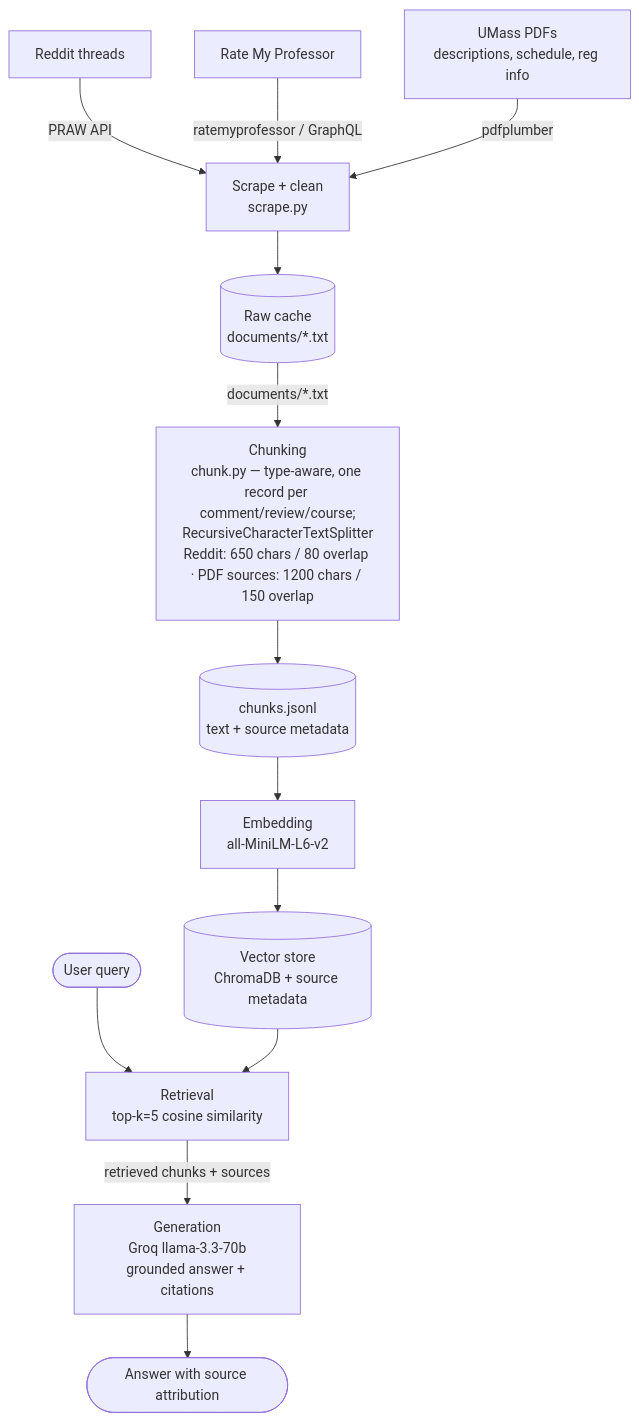
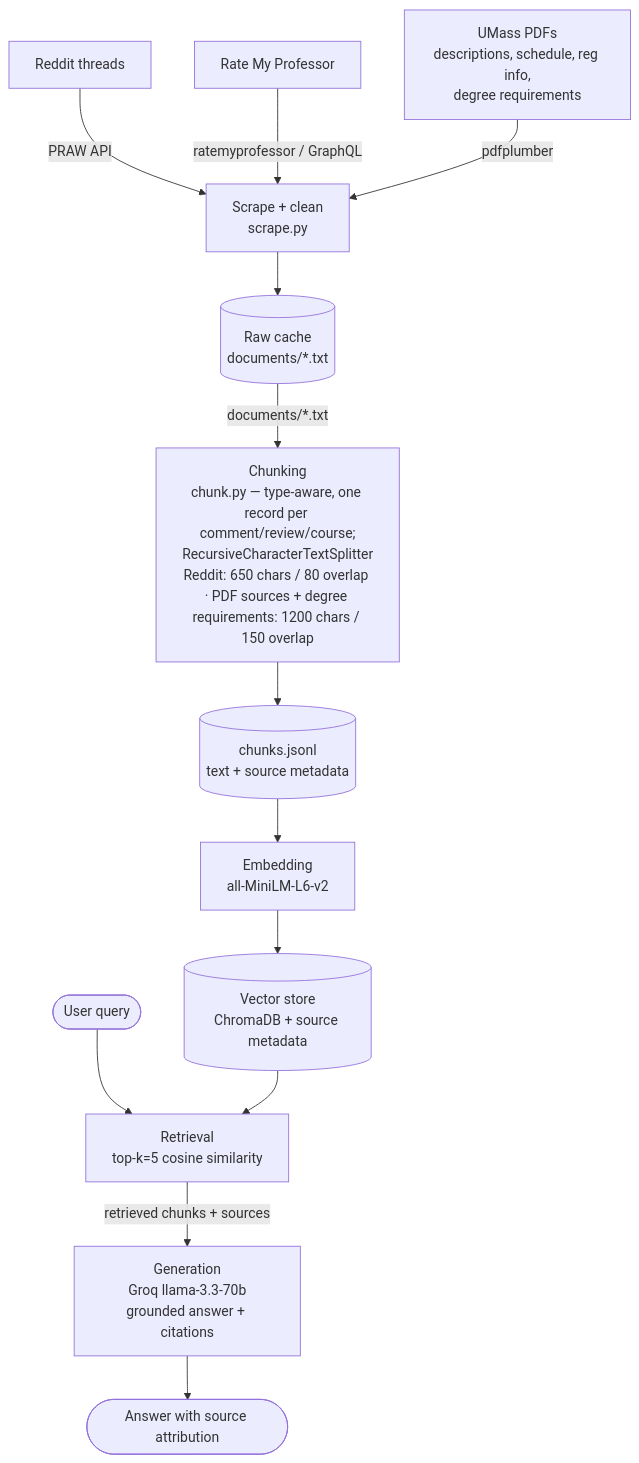
The diagram in planning.md (chauvihue/ai201-project1-unofficial-guide-starter), drawn with Mermaid before and after one commit. The commit also changed other lines of this file and 8 other files, not shown here.

First line of the commit message:
Milestone 4 - implemented trace.py, enhance course registration info extraction and update planning documentation

````diff
--- a/planning.md
+++ b/planning.md
@@ -140,29 +143,29 @@
 ```mermaid
 flowchart TD
   %% ---- Sources ----
   R[Reddit threads]
   P[Rate My Professor]
-  U[UMass PDFs<br/>descriptions, schedule, reg info]
+  U[UMass PDFs<br/>descriptions, schedule, reg info,<br/>degree requirements]
 
   %% ---- Stage 1: Ingestion / scraping ----
   R -->|PRAW API| S
   P -->|ratemyprofessor / GraphQL| S
   U -->|pdfplumber| S
   S[Scrape + clean<br/>scrape.py] --> CACHE[(Raw cache<br/>documents/*.txt)]
 
   %% ---- Stage 2: Chunking ----
-  CACHE -->|documents/*.txt| B[Chunking<br/>chunk.py — type-aware, one record per comment/review/course;<br/>RecursiveCharacterTextSplitter<br/>Reddit: 650 chars / 80 overlap · PDF sources: 1200 chars / 150 overlap]
+  CACHE -->|documents/*.txt| B[Chunking<br/>chunk.py — type-aware, one record per comment/review/course;<br/>RecursiveCharacterTextSplitter<br/>Reddit: 650 chars / 80 overlap · PDF sources + degree requirements: 1200 chars / 150 overlap]
   B --> CHUNKS[(chunks.jsonl<br/>text + source metadata)]
 
   %% ---- Stage 3: Embedding + Vector store ----
   CHUNKS --> C[Embedding<br/>all-MiniLM-L6-v2]
   C --> D[(Vector store<br/>ChromaDB + source metadata)]
 
   %% ---- Stage 4: Retrieval ----
   Q([User query]) --> E[Retrieval<br/>top-k=5 cosine similarity]
   D --> E
 
   %% ---- Stage 5: Generation ----
   E -->|retrieved chunks + sources| F[Generation<br/>Groq llama-3.3-70b<br/>grounded answer + citations]
   F --> ANS([Answer with source attribution])
 ```
````
